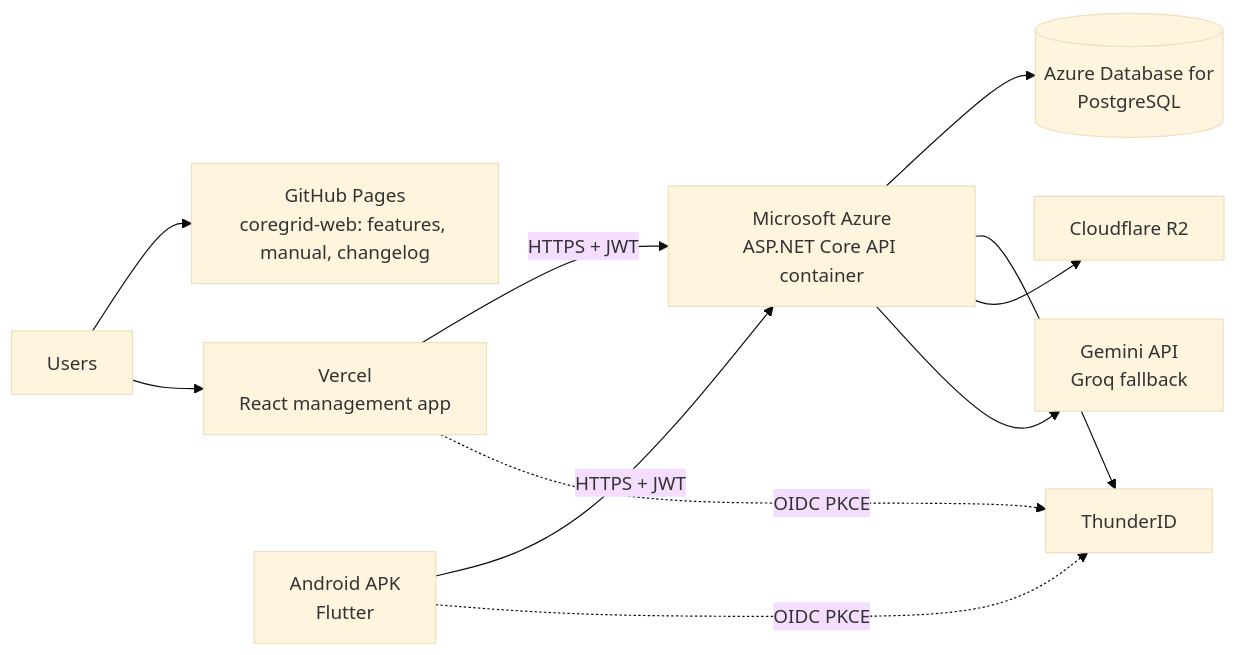
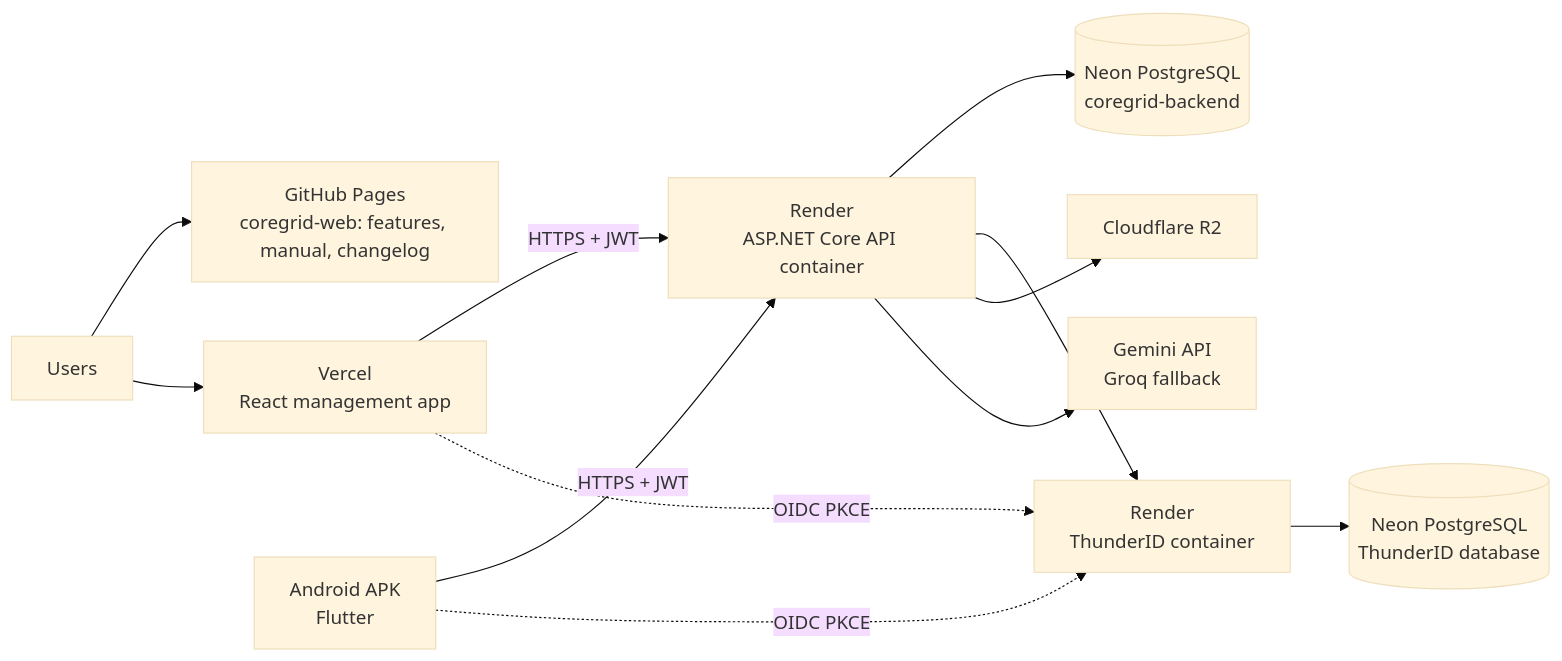
One commit to CoreGrid-org/CoreGrid changed the fourth of 4 diagrams in docs/coursework/group-report.md. Above: the diagram before and after it, drawn with Mermaid (base theme). The commit also changed other lines of this file and 7 other files, not shown here.

````diff
--- a/docs/coursework/group-report.md
+++ b/docs/coursework/group-report.md
@@ -544,13 +545,14 @@
 ```mermaid
 flowchart LR
   U[Users] --> GP[GitHub Pages<br/>coregrid-web: features, manual, changelog]
   U --> V[Vercel<br/>React management app]
-  M[Android APK<br/>Flutter] -- HTTPS + JWT --> AZ
-  V -- HTTPS + JWT --> AZ[Microsoft Azure<br/>ASP.NET Core API container]
-  AZ --> PG[(Azure Database for<br/>PostgreSQL)]
-  AZ --> IDP[ThunderID]
-  AZ --> R2[Cloudflare R2]
-  AZ --> LLM[Gemini API<br/>Groq fallback]
+  M[Android APK<br/>Flutter] -- HTTPS + JWT --> API
+  V -- HTTPS + JWT --> API[Render<br/>ASP.NET Core API container]
+  API --> PG[(Neon PostgreSQL<br/>coregrid-backend)]
+  API --> IDP[Render<br/>ThunderID container]
+  IDP --> TPG[(Neon PostgreSQL<br/>ThunderID database)]
+  API --> R2[Cloudflare R2]
+  API --> LLM[Gemini API<br/>Groq fallback]
   V -. OIDC PKCE .-> IDP
   M -. OIDC PKCE .-> IDP
 ```
````
